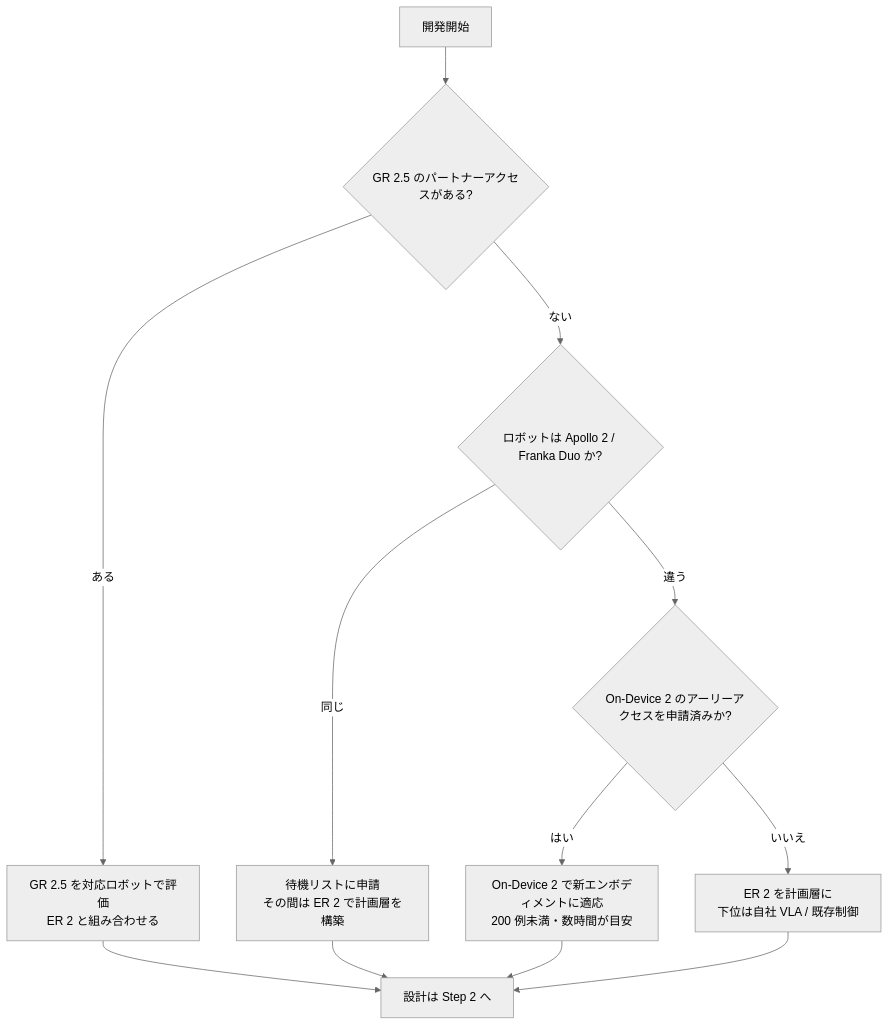
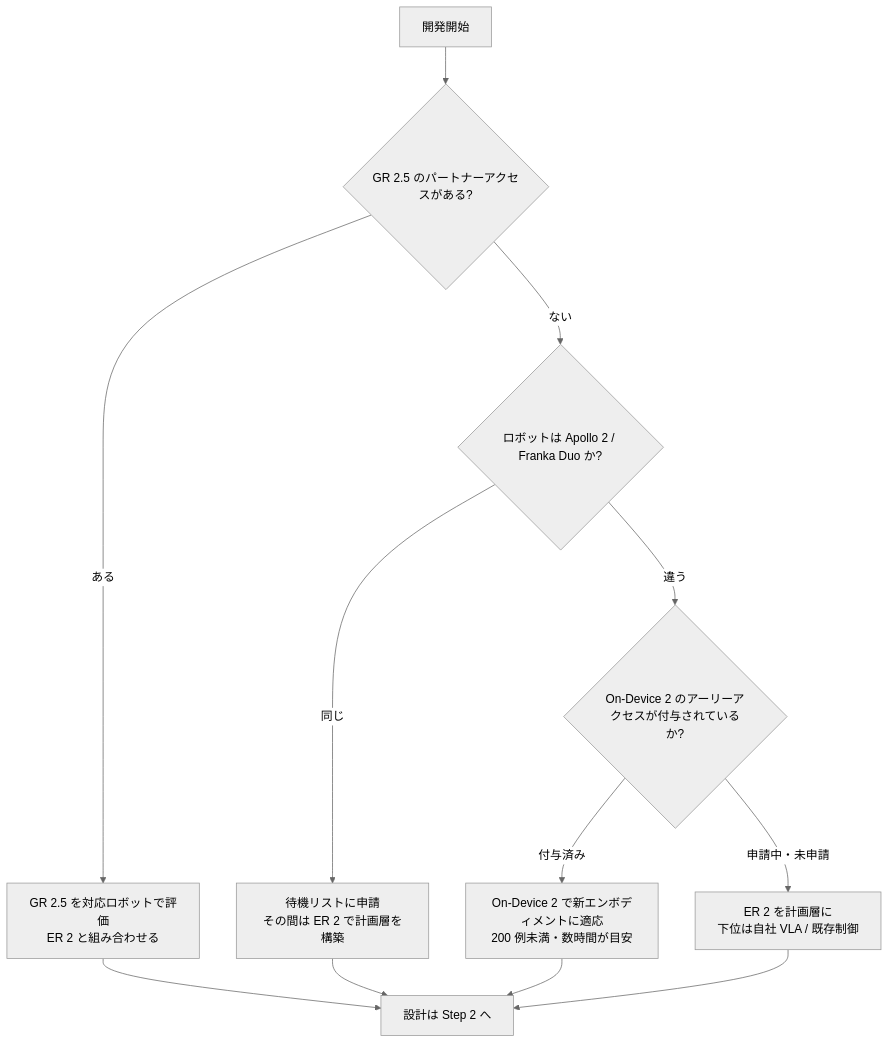
One commit to myoshi2891/Comparison-of-LLMs changed the third of 9 diagrams in Gemini-robotics-2-5-guide.md. Above: the diagram before and after it, drawn with Mermaid (neutral theme). The commit also changed other lines of this file and 3 other files, not shown here.

Commit message:
docs(google): refine long decode flows, heartbeat timeout, and tool validation across Gemini guides

````diff
--- a/Gemini-robotics-2-5-guide.md
+++ b/Gemini-robotics-2-5-guide.md
@@ -182,14 +182,14 @@
 ```mermaid
 flowchart TD
     S["開発開始"] --> Q1{"GR 2.5 のパートナーアクセスがある?"}
     Q1 -->|"ある"| P1["GR 2.5 を対応ロボットで評価<br/>ER 2 と組み合わせる"]
     Q1 -->|"ない"| Q2{"ロボットは Apollo 2 / Franka Duo か?"}
-    Q2 -->|"違う"| Q3{"On-Device 2 のアーリーアクセスを申請済みか?"}
+    Q2 -->|"違う"| Q3{"On-Device 2 のアーリーアクセスが付与されているか?"}
     Q2 -->|"同じ"| W["待機リストに申請<br/>その間は ER 2 で計画層を構築"]
-    Q3 -->|"はい"| P2["On-Device 2 で新エンボディメントに適応<br/>200 例未満・数時間が目安"]
-    Q3 -->|"いいえ"| P3["ER 2 を計画層に<br/>下位は自社 VLA / 既存制御"]
+    Q3 -->|"付与済み"| P2["On-Device 2 で新エンボディメントに適応<br/>200 例未満・数時間が目安"]
+    Q3 -->|"申請中・未申請"| P3["ER 2 を計画層に<br/>下位は自社 VLA / 既存制御"]
     P1 --> OUT["設計は Step 2 へ"]
     W --> OUT
     P2 --> OUT
     P3 --> OUT
 ```
````
